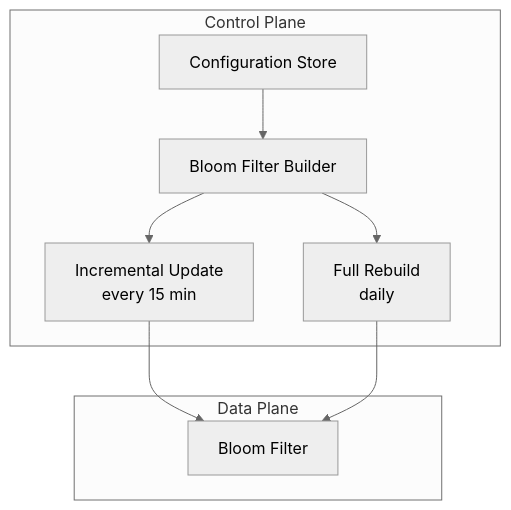
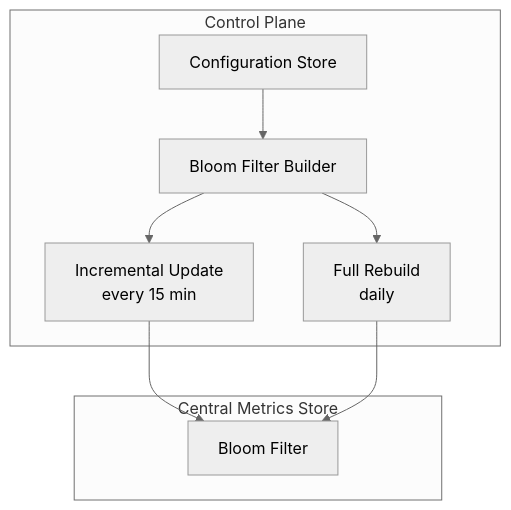
One commit to mvsnbharath/Design changed the fifth of 5 diagrams in AWS/Msft/e2e.md. Above: the diagram before and after it, drawn with Mermaid (neutral theme). The commit also changed other lines of this file, not shown here.

````diff
--- a/AWS/Msft/e2e.md
+++ b/AWS/Msft/e2e.md
@@ -105,17 +105,17 @@
 ```mermaid
 flowchart TB
     subgraph ControlPlane[Control Plane]
         CS[Configuration Store]
         BFB[Bloom Filter Builder]
         INC[Incremental Update<br/>every 15 min]
         FULL[Full Rebuild<br/>daily]
     end
 
-    subgraph DataPlane[Data Plane]
+    subgraph CMS[Central Metrics Store]
         BF[Bloom Filter]
     end
 
     CS --> BFB
     BFB --> INC --> BF
     BFB --> FULL --> BF
 ```
````
